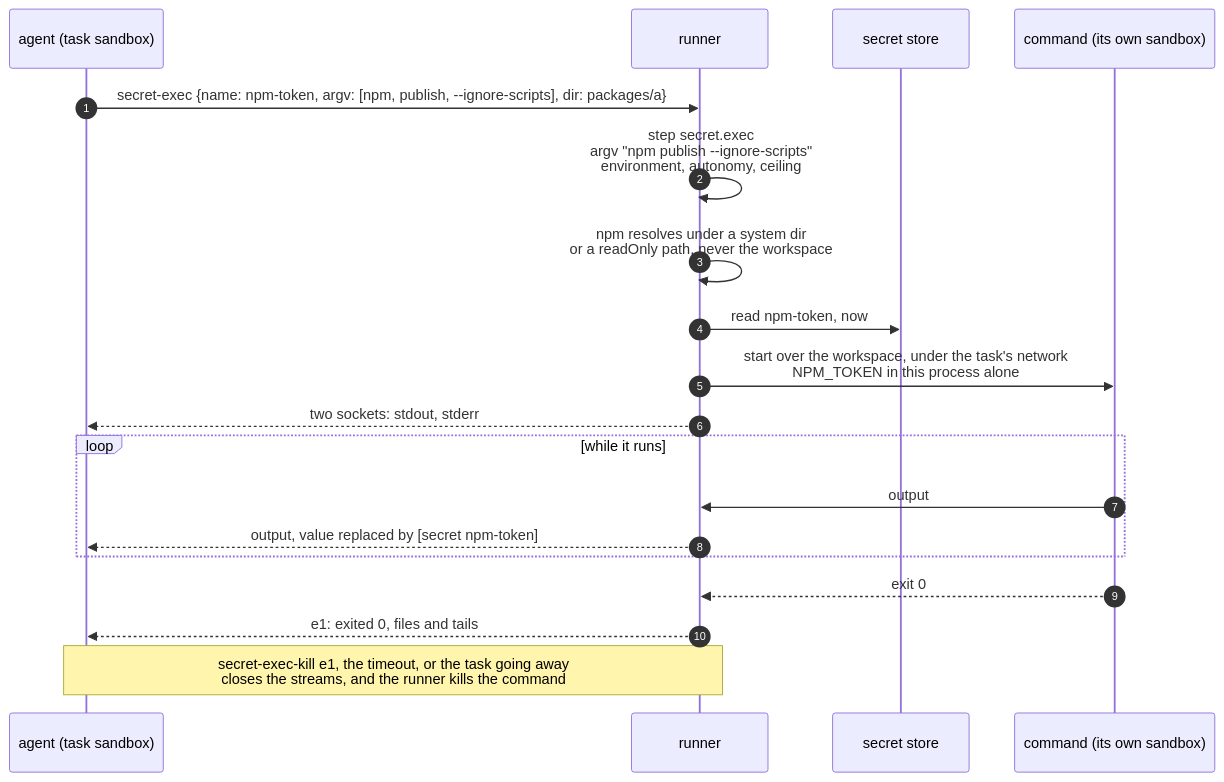
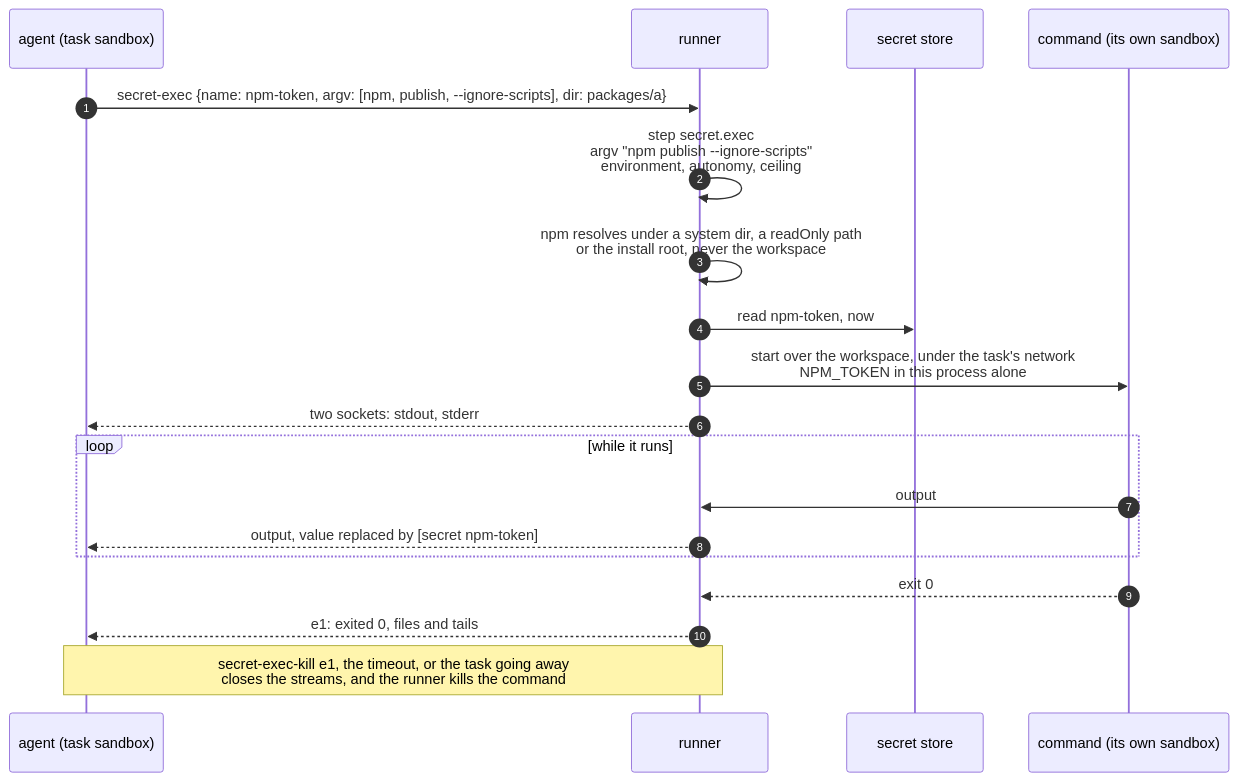
The fourth of 9 diagrams in docs/articles/external-tools-and-secrets.md (signadot/viff), drawn with Mermaid before and after one commit. The commit also changed other lines of this file and 2 other files, not shown here.

First line of the commit message:
pkg, docs: what the install root being open to a command with a secret means here

````diff
--- a/docs/articles/external-tools-and-secrets.md
+++ b/docs/articles/external-tools-and-secrets.md
@@ -230,21 +230,21 @@
 ```mermaid
 sequenceDiagram
   autonumber
   participant A as agent (task sandbox)
   participant R as runner
   participant S as secret store
   participant C as command (its own sandbox)
   A->>R: secret-exec {name: npm-token, argv: [npm, publish, --ignore-scripts], dir: packages/a}
   R->>R: step secret.exec<br/>argv "npm publish --ignore-scripts"<br/>environment, autonomy, ceiling
-  R->>R: npm resolves under a system dir<br/>or a readOnly path, never the workspace
+  R->>R: npm resolves under a system dir, a readOnly path<br/>or the install root, never the workspace
   R->>S: read npm-token, now
   R->>C: start over the workspace, under the task's network<br/>NPM_TOKEN in this process alone
   R-->>A: two sockets: stdout, stderr
   loop while it runs
     C->>R: output
     R-->>A: output, value replaced by [secret npm-token]
   end
   C-->>R: exit 0
   R-->>A: e1: exited 0, files and tails
   Note over A,R: secret-exec-kill e1, the timeout, or the task going away<br/>closes the streams, and the runner kills the command
 ```
````
